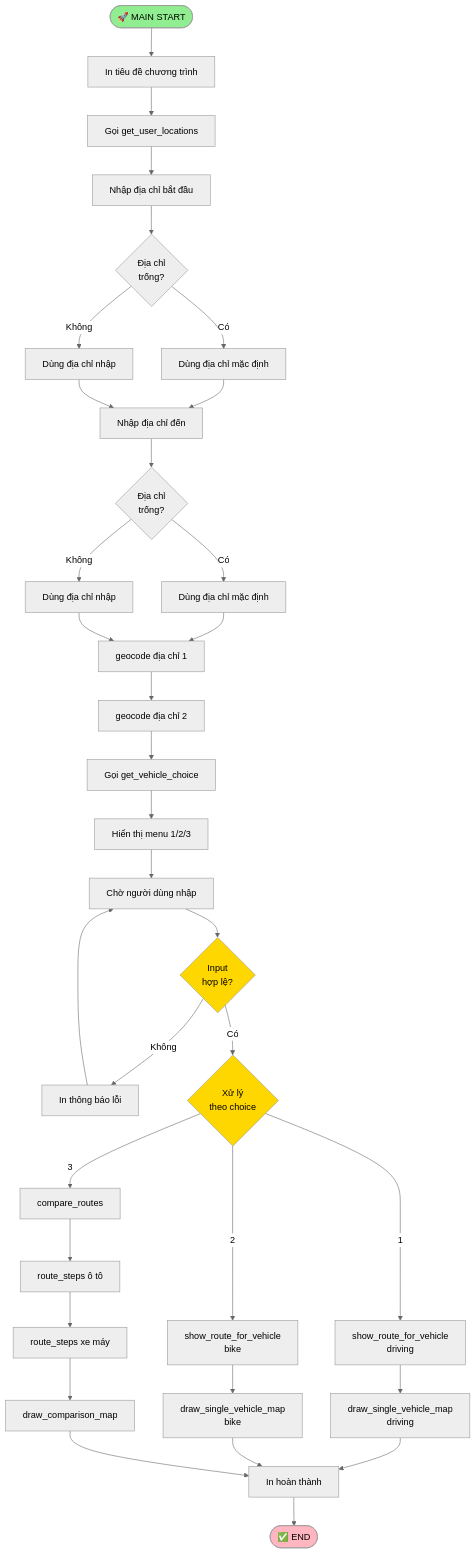
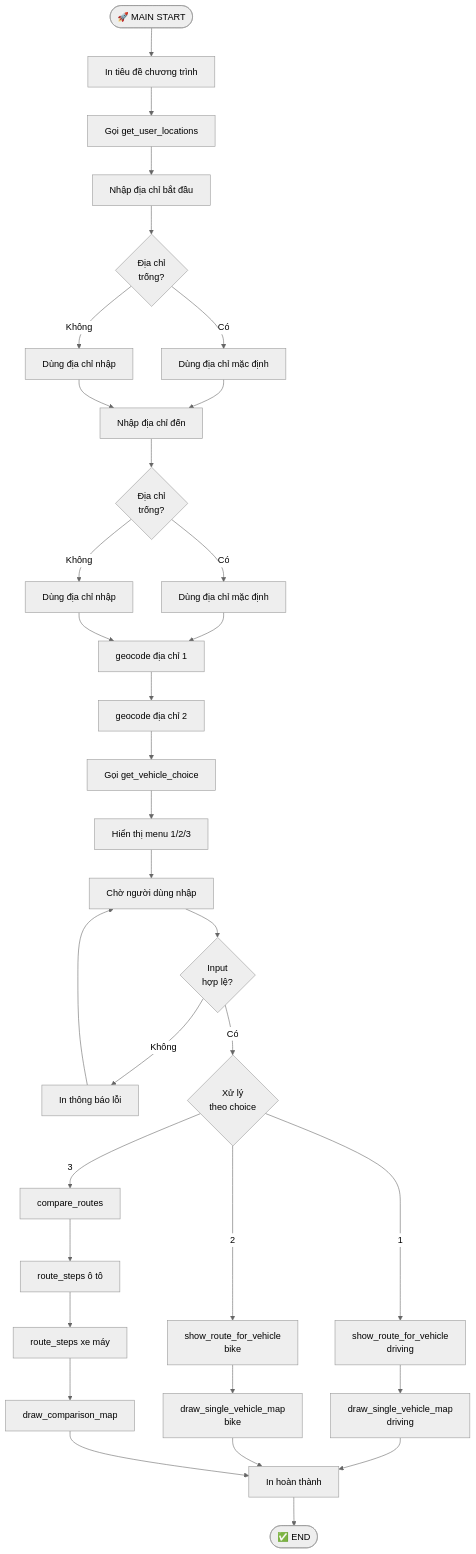
Before and after one commit to vothuctri/----n: the seventh of 8 diagrams in flowchart_test.md, drawn with Mermaid (neutral theme). The commit also changed other lines of this file and 10 other files, not shown here.

````diff
--- a/flowchart_test.md
+++ b/flowchart_test.md
@@ -147,50 +121,45 @@
 ```mermaid
 flowchart TD
     Start([🚀 MAIN START]) --> Title[In tiêu đề chương trình]
     Title --> GetLoc[Gọi get_user_locations]
     
     GetLoc --> InputStart[Nhập địa chỉ bắt đầu]
     InputStart --> CheckStart{Địa chỉ<br/>trống?}
     CheckStart -->|Có| DefaultStart[Dùng địa chỉ mặc định]
     CheckStart -->|Không| UseStart[Dùng địa chỉ nhập]
     
     DefaultStart --> InputEnd[Nhập địa chỉ đến]
     UseStart --> InputEnd
     
     InputEnd --> CheckEnd{Địa chỉ<br/>trống?}
     CheckEnd -->|Có| DefaultEnd[Dùng địa chỉ mặc định]
     CheckEnd -->|Không| UseEnd[Dùng địa chỉ nhập]
     
     DefaultEnd --> Geo1[geocode địa chỉ 1]
     UseEnd --> Geo1
     
     Geo1 --> Geo2[geocode địa chỉ 2]
     Geo2 --> GetChoice[Gọi get_vehicle_choice]
     
     GetChoice --> Menu[Hiển thị menu 1/2/3]
     Menu --> WaitInput[Chờ người dùng nhập]
     WaitInput --> ValidInput{Input<br/>hợp lệ?}
     ValidInput -->|Không| Error[In thông báo lỗi]
     Error --> WaitInput
     ValidInput -->|Có| Process{Xử lý<br/>theo choice}
     
     Process -->|1| Driving[show_route_for_vehicle<br/>driving]
     Process -->|2| Biking[show_route_for_vehicle<br/>bike]
     Process -->|3| Both[compare_routes]
     
     Driving --> MapD[draw_single_vehicle_map<br/>driving]
     Biking --> MapB[draw_single_vehicle_map<br/>bike]
     Both --> Steps1[route_steps ô tô]
     Steps1 --> Steps2[route_steps xe máy]
     Steps2 --> MapC[draw_comparison_map]
     
     MapD --> Done[In hoàn thành]
     MapB --> Done
     MapC --> Done
     Done --> End([✅ END])
-    
-    style Start fill:#90EE90
-    style End fill:#FFB6C1
-    style Process fill:#FFD700
-    style ValidInput fill:#FFD700
 ```
````
